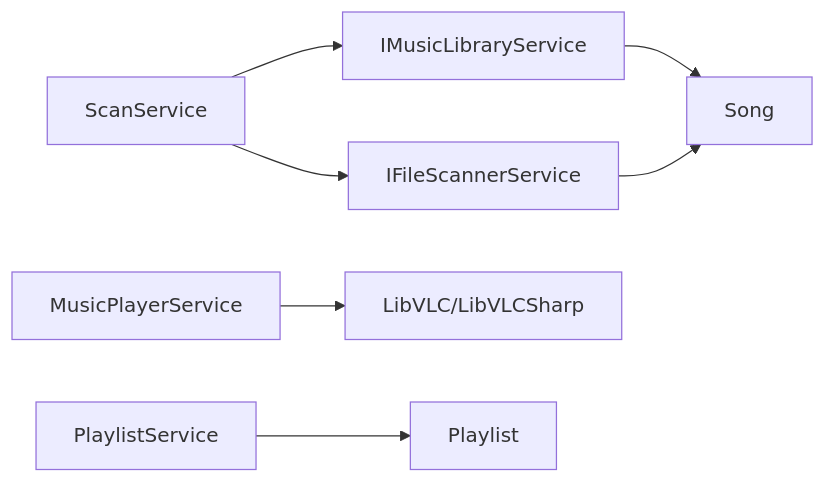
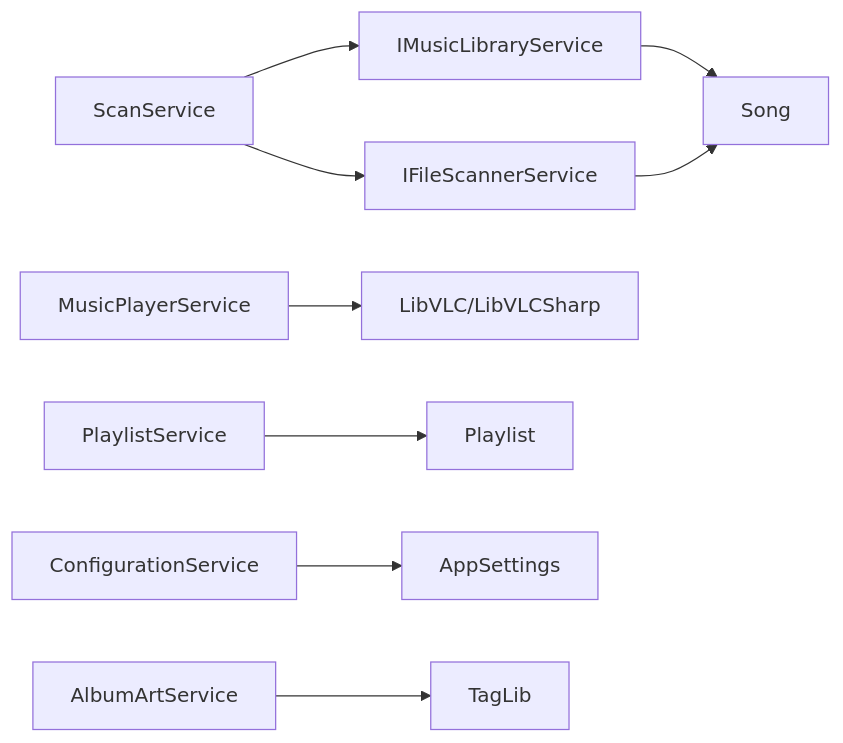
One commit to mariamjensen42-glitch/LocalMusicPlayer changed diagram 11 of 12 in .qoder/repowiki/zh/content/核心服务层/核心服务层.md. Above: the diagram before and after it, drawn with Mermaid. The commit also changed other lines of this file and 14 other files, not shown here.

````diff
--- a/.qoder/repowiki/zh/content/核心服务层/核心服务层.md
+++ b/.qoder/repowiki/zh/content/核心服务层/核心服务层.md
@@ -353,9 +460,11 @@
 ```mermaid
 graph LR
 SS["ScanService"] --> FS["IFileScannerService"]
 SS --> ML["IMusicLibraryService"]
 MPS["MusicPlayerService"] --> VLC["LibVLC/LibVLCSharp"]
 PL["PlaylistService"] --> P["Playlist"]
 ML --> S["Song"]
 FS --> S
+CS["ConfigurationService"] --> AS["AppSettings"]
+AAS["AlbumArtService"] --> TL["TagLib"]
 ```
````
